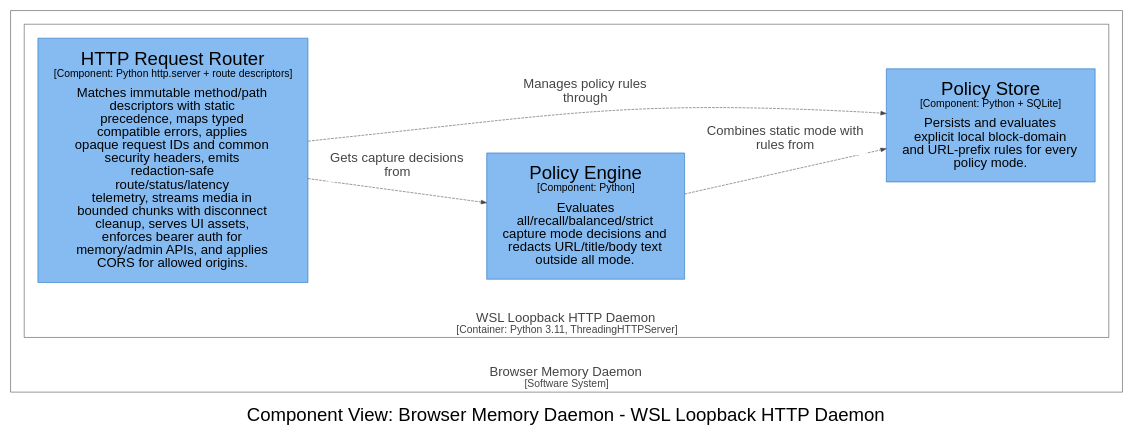
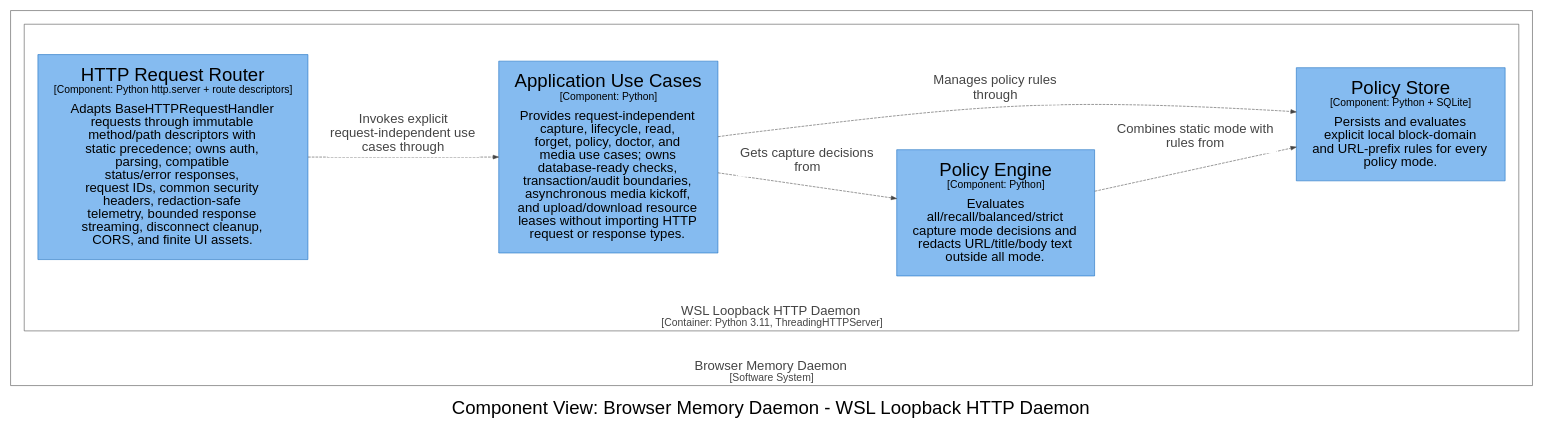
The diagram in docs/architecture/diagrams/dot/structurizr-DaemonPolicyComponents.dot (michaelnicks0/browser-memory-daemon), drawn with Graphviz before and after one commit. The commit also changed 189 other files, not shown here.

Commit message:
refactor(http): extract application use cases

```diff
--- a/docs/architecture/diagrams/dot/structurizr-DaemonPolicyComponents.dot
+++ b/docs/architecture/diagrams/dot/structurizr-DaemonPolicyComponents.dot
@@ -1,35 +1,37 @@
 digraph {
   compound=true
   graph [fontname="Arial", rankdir=LR, ranksep=1.0, nodesep=1.0]
   node [fontname="Arial", shape=box, margin="0.4,0.3"]
   edge [fontname="Arial"]
   label=<<br /><font point-size="34">Component View: Browser Memory Daemon - WSL Loopback HTTP Daemon</font>>
 
   subgraph cluster_4 {
     margin=25
     label=<<font point-size="24"><br />Browser Memory Daemon</font><br /><font point-size="19">[Software System]</font>>
     labelloc=b
     color="#444444"
     fontcolor="#444444"
     fillcolor="#444444"
 
     subgraph cluster_22 {
       margin=25
       label=<<font point-size="24"><br />WSL Loopback HTTP Daemon</font><br /><font point-size="19">[Container: Python 3.11, ThreadingHTTPServer]</font>>
       labelloc=b
       color="#444444"
       fontcolor="#444444"
       fillcolor="#444444"
 
-      23 [id=23,shape=rect, label=<<font point-size="34">HTTP Request Router</font><br /><font point-size="19">[Component: Python http.server + route descriptors]</font><br /><br /><font point-size="24">Matches immutable method/path<br />descriptors with static<br />precedence, maps typed<br />compatible errors, applies<br />opaque request IDs and common<br />security headers, emits<br />redaction-safe<br />route/status/latency<br />telemetry, streams media in<br />bounded chunks with disconnect<br />cleanup, serves UI assets,<br />enforces bearer auth for<br />memory/admin APIs, and applies<br />CORS for allowed origins.</font>>, style=filled, color="#1168bd", fillcolor="#85bbf0", fontcolor="#000000"]
-      25 [id=25,shape=rect, label=<<font point-size="34">Policy Engine</font><br /><font point-size="19">[Component: Python]</font><br /><br /><font point-size="24">Evaluates<br />all/recall/balanced/strict<br />capture mode decisions and<br />redacts URL/title/body text<br />outside all mode.</font>>, style=filled, color="#1168bd", fillcolor="#85bbf0", fontcolor="#000000"]
-      26 [id=26,shape=rect, label=<<font point-size="34">Policy Store</font><br /><font point-size="19">[Component: Python + SQLite]</font><br /><br /><font point-size="24">Persists and evaluates<br />explicit local block-domain<br />and URL-prefix rules for every<br />policy mode.</font>>, style=filled, color="#1168bd", fillcolor="#85bbf0", fontcolor="#000000"]
+      23 [id=23,shape=rect, label=<<font point-size="34">HTTP Request Router</font><br /><font point-size="19">[Component: Python http.server + route descriptors]</font><br /><br /><font point-size="24">Adapts BaseHTTPRequestHandler<br />requests through immutable<br />method/path descriptors with<br />static precedence; owns auth,<br />parsing, compatible<br />status/error responses,<br />request IDs, common security<br />headers, redaction-safe<br />telemetry, bounded response<br />streaming, disconnect cleanup,<br />CORS, and finite UI assets.</font>>, style=filled, color="#1168bd", fillcolor="#85bbf0", fontcolor="#000000"]
+      24 [id=24,shape=rect, label=<<font point-size="34">Application Use Cases</font><br /><font point-size="19">[Component: Python]</font><br /><br /><font point-size="24">Provides request-independent<br />capture, lifecycle, read,<br />forget, policy, doctor, and<br />media use cases; owns<br />database-ready checks,<br />transaction/audit boundaries,<br />asynchronous media kickoff,<br />and upload/download resource<br />leases without importing HTTP<br />request or response types.</font>>, style=filled, color="#1168bd", fillcolor="#85bbf0", fontcolor="#000000"]
+      26 [id=26,shape=rect, label=<<font point-size="34">Policy Engine</font><br /><font point-size="19">[Component: Python]</font><br /><br /><font point-size="24">Evaluates<br />all/recall/balanced/strict<br />capture mode decisions and<br />redacts URL/title/body text<br />outside all mode.</font>>, style=filled, color="#1168bd", fillcolor="#85bbf0", fontcolor="#000000"]
+      27 [id=27,shape=rect, label=<<font point-size="34">Policy Store</font><br /><font point-size="19">[Component: Python + SQLite]</font><br /><br /><font point-size="24">Persists and evaluates<br />explicit local block-domain<br />and URL-prefix rules for every<br />policy mode.</font>>, style=filled, color="#1168bd", fillcolor="#85bbf0", fontcolor="#000000"]
     }
 
   }
 
-  23 -> 25 [id=113, label=<<TABLE BORDER="0" CELLBORDER="0" CELLSPACING="0" CELLPADDING="4" BGCOLOR="white"><TR><TD><font point-size="24">Gets capture decisions<br />from</font></TD></TR></TABLE>>, style="dashed", color="#444444", fontcolor="#444444"]
-  23 -> 26 [id=115, label=<<TABLE BORDER="0" CELLBORDER="0" CELLSPACING="0" CELLPADDING="4" BGCOLOR="white"><TR><TD><font point-size="24">Manages policy rules<br />through</font></TD></TR></TABLE>>, style="dashed", color="#444444", fontcolor="#444444"]
-  25 -> 26 [id=123, label=<<TABLE BORDER="0" CELLBORDER="0" CELLSPACING="0" CELLPADDING="4" BGCOLOR="white"><TR><TD><font point-size="24">Combines static mode with<br />rules from</font></TD></TR></TABLE>>, style="dashed", color="#444444", fontcolor="#444444"]
+  23 -> 24 [id=114, label=<<TABLE BORDER="0" CELLBORDER="0" CELLSPACING="0" CELLPADDING="4" BGCOLOR="white"><TR><TD><font point-size="24">Invokes explicit<br />request-independent use<br />cases through</font></TD></TR></TABLE>>, style="dashed", color="#444444", fontcolor="#444444"]
+  24 -> 26 [id=116, label=<<TABLE BORDER="0" CELLBORDER="0" CELLSPACING="0" CELLPADDING="4" BGCOLOR="white"><TR><TD><font point-size="24">Gets capture decisions<br />from</font></TD></TR></TABLE>>, style="dashed", color="#444444", fontcolor="#444444"]
+  24 -> 27 [id=118, label=<<TABLE BORDER="0" CELLBORDER="0" CELLSPACING="0" CELLPADDING="4" BGCOLOR="white"><TR><TD><font point-size="24">Manages policy rules<br />through</font></TD></TR></TABLE>>, style="dashed", color="#444444", fontcolor="#444444"]
+  26 -> 27 [id=126, label=<<TABLE BORDER="0" CELLBORDER="0" CELLSPACING="0" CELLPADDING="4" BGCOLOR="white"><TR><TD><font point-size="24">Combines static mode with<br />rules from</font></TD></TR></TABLE>>, style="dashed", color="#444444", fontcolor="#444444"]
 
 }
```
